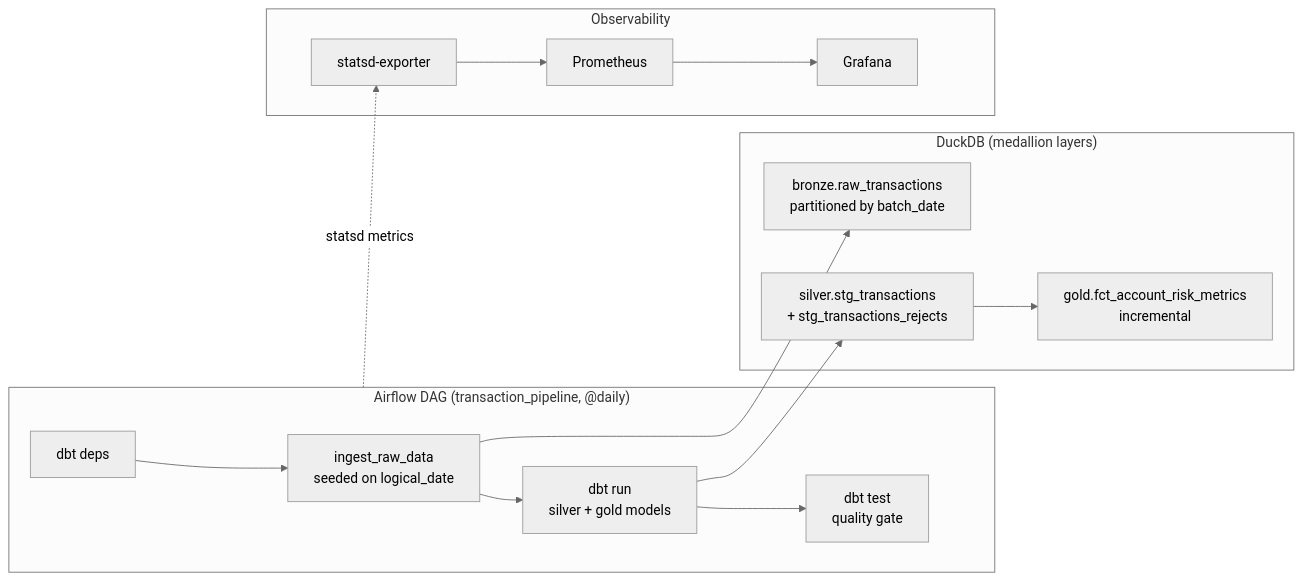
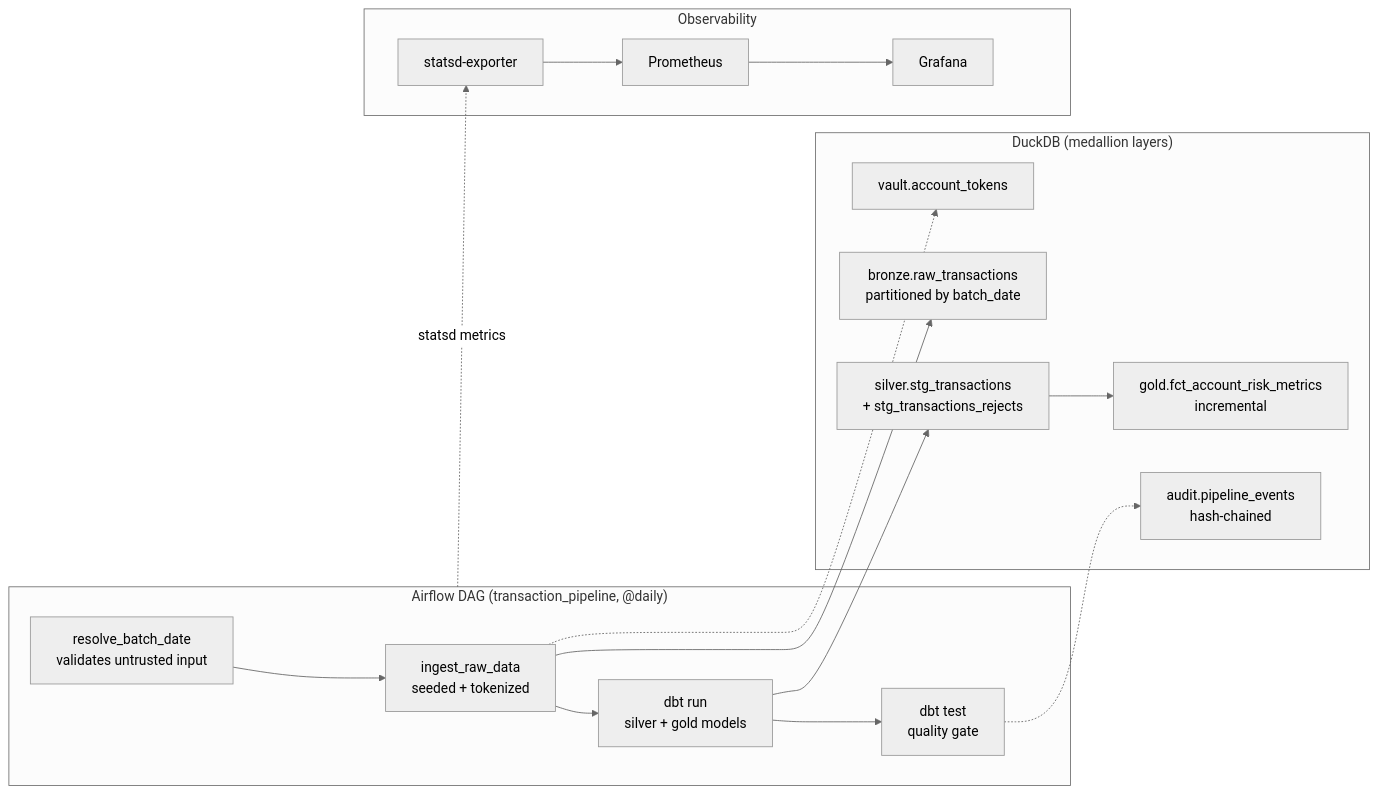
Before and after one commit to grunundweiss/financial-data-orchestration: the diagram in README.md, drawn with Mermaid (neutral theme). The commit also changed other lines of this file and 33 other files, not shown here.

````diff
--- a/README.md
+++ b/README.md
@@ -9,24 +9,28 @@
 ```mermaid
 flowchart LR
     subgraph airflow["Airflow DAG (transaction_pipeline, @daily)"]
-        deps["dbt deps"] --> ingest["ingest_raw_data<br/>seeded on logical_date"]
+        date["resolve_batch_date<br/>validates untrusted input"] --> ingest["ingest_raw_data<br/>seeded + tokenized"]
         ingest --> run["dbt run<br/>silver + gold models"]
         run --> test["dbt test<br/>quality gate"]
     end
 
     subgraph duckdb["DuckDB (medallion layers)"]
         bronze["bronze.raw_transactions<br/>partitioned by batch_date"]
         silver["silver.stg_transactions<br/>+ stg_transactions_rejects"]
         gold["gold.fct_account_risk_metrics<br/>incremental"]
+        vault["vault.account_tokens"]
+        ledger["audit.pipeline_events<br/>hash-chained"]
     end
 
     ingest --> bronze
+    ingest -.-> vault
     run --> silver
     silver --> gold
+    test -.-> ledger
 
     subgraph obs["Observability"]
         statsd["statsd-exporter"] --> prom["Prometheus"] --> graf["Grafana"]
     end
 
     airflow -. "statsd metrics" .-> statsd
 ```
````
